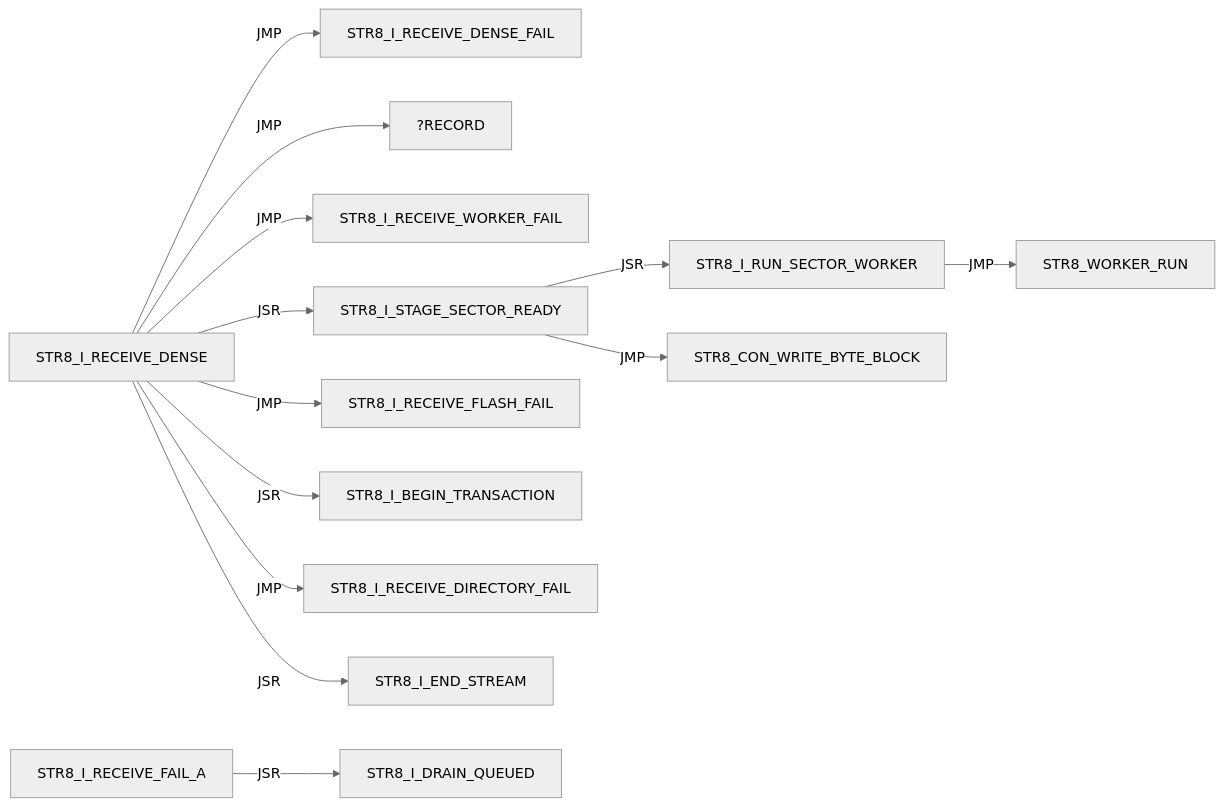
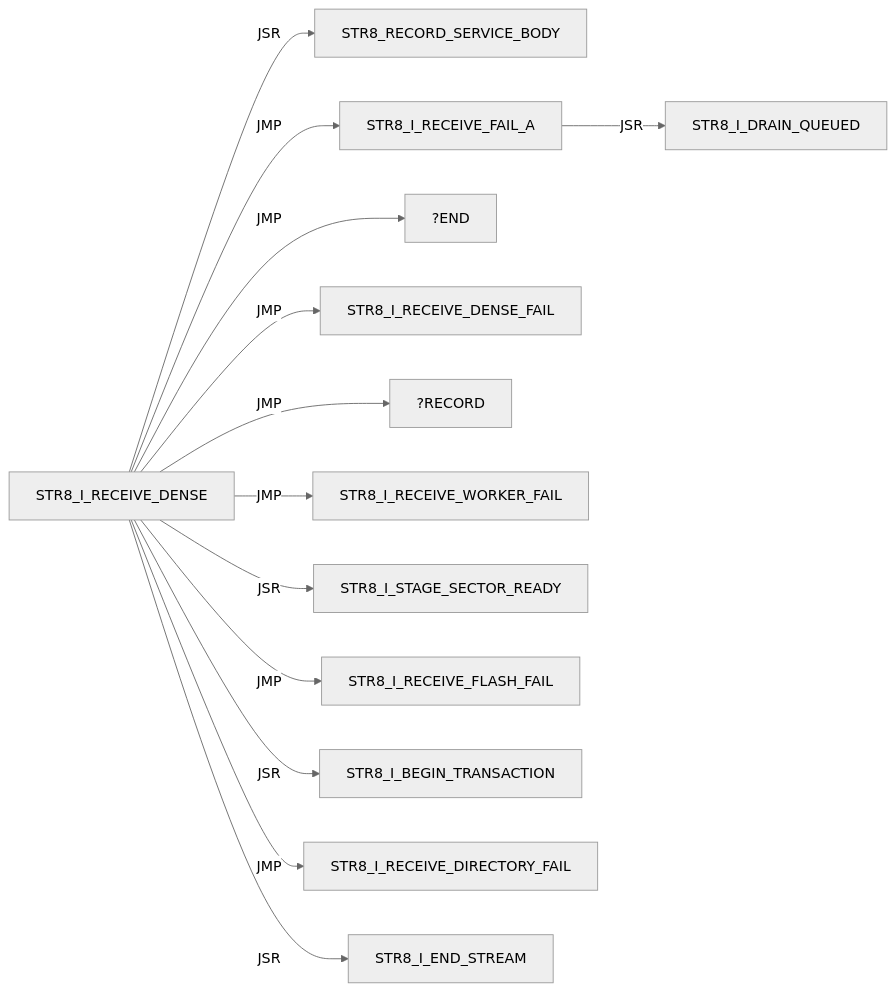
One commit to 95westus/R-YORS changed diagram 18 of 43 in DOC/GUIDES/STR8/STR8_EDGE_DUMP.md. Above: the diagram before and after it, drawn with Mermaid (neutral theme). The commit also changed other lines of this file and 24 other files, not shown here.

````diff
--- a/DOC/GUIDES/STR8/STR8_EDGE_DUMP.md
+++ b/DOC/GUIDES/STR8/STR8_EDGE_DUMP.md
@@ -263,15 +263,15 @@
 ```mermaid
 flowchart LR
-    N0["STR8_I_RECEIVE_DENSE"] -->|JMP| N1["STR8_I_RECEIVE_DENSE_FAIL"]
-    N0["STR8_I_RECEIVE_DENSE"] -->|JMP| N2["?RECORD"]
-    N0["STR8_I_RECEIVE_DENSE"] -->|JMP| N3["STR8_I_RECEIVE_WORKER_FAIL"]
-    N0["STR8_I_RECEIVE_DENSE"] -->|JSR| N4["STR8_I_STAGE_SECTOR_READY"]
-    N0["STR8_I_RECEIVE_DENSE"] -->|JMP| N5["STR8_I_RECEIVE_FLASH_FAIL"]
-    N0["STR8_I_RECEIVE_DENSE"] -->|JSR| N6["STR8_I_BEGIN_TRANSACTION"]
-    N0["STR8_I_RECEIVE_DENSE"] -->|JMP| N7["STR8_I_RECEIVE_DIRECTORY_FAIL"]
-    N0["STR8_I_RECEIVE_DENSE"] -->|JSR| N8["STR8_I_END_STREAM"]
-    N9["STR8_I_RECEIVE_FAIL_A"] -->|JSR| N10["STR8_I_DRAIN_QUEUED"]
-    N11["STR8_I_RUN_SECTOR_WORKER"] -->|JMP| N12["STR8_WORKER_RUN"]
-    N4["STR8_I_STAGE_SECTOR_READY"] -->|JSR| N11["STR8_I_RUN_SECTOR_WORKER"]
-    N4["STR8_I_STAGE_SECTOR_READY"] -->|JMP| N13["STR8_CON_WRITE_BYTE_BLOCK"]
+    N0["STR8_I_RECEIVE_DENSE"] -->|JSR| N1["STR8_RECORD_SERVICE_BODY"]
+    N0["STR8_I_RECEIVE_DENSE"] -->|JMP| N2["STR8_I_RECEIVE_FAIL_A"]
+    N0["STR8_I_RECEIVE_DENSE"] -->|JMP| N3["?END"]
+    N0["STR8_I_RECEIVE_DENSE"] -->|JMP| N4["STR8_I_RECEIVE_DENSE_FAIL"]
+    N0["STR8_I_RECEIVE_DENSE"] -->|JMP| N5["?RECORD"]
+    N0["STR8_I_RECEIVE_DENSE"] -->|JMP| N6["STR8_I_RECEIVE_WORKER_FAIL"]
+    N0["STR8_I_RECEIVE_DENSE"] -->|JSR| N7["STR8_I_STAGE_SECTOR_READY"]
+    N0["STR8_I_RECEIVE_DENSE"] -->|JMP| N8["STR8_I_RECEIVE_FLASH_FAIL"]
+    N0["STR8_I_RECEIVE_DENSE"] -->|JSR| N9["STR8_I_BEGIN_TRANSACTION"]
+    N0["STR8_I_RECEIVE_DENSE"] -->|JMP| N10["STR8_I_RECEIVE_DIRECTORY_FAIL"]
+    N0["STR8_I_RECEIVE_DENSE"] -->|JSR| N11["STR8_I_END_STREAM"]
+    N2["STR8_I_RECEIVE_FAIL_A"] -->|JSR| N12["STR8_I_DRAIN_QUEUED"]
 ```
````
